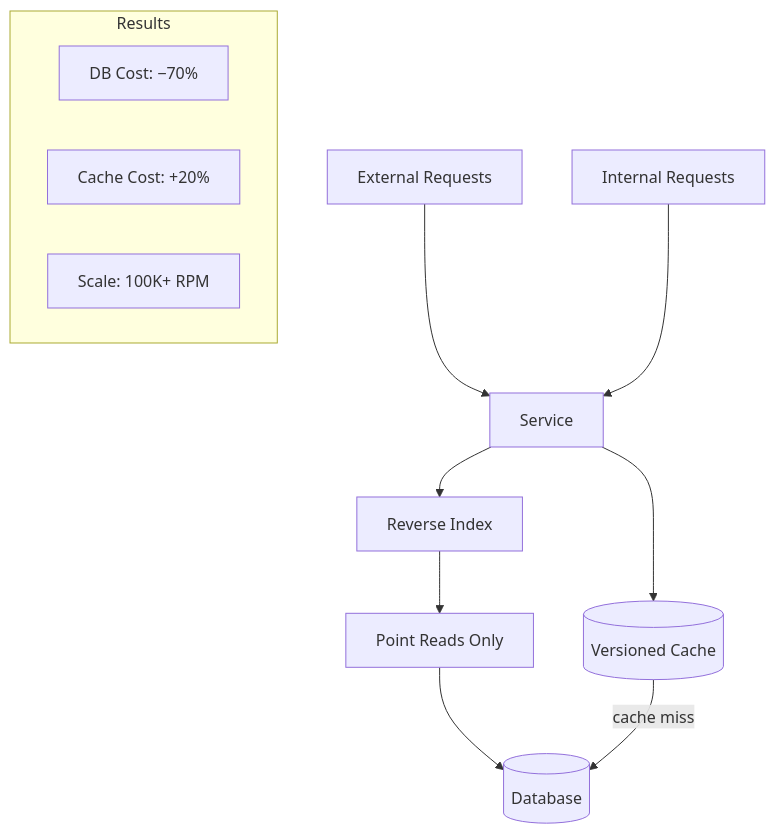
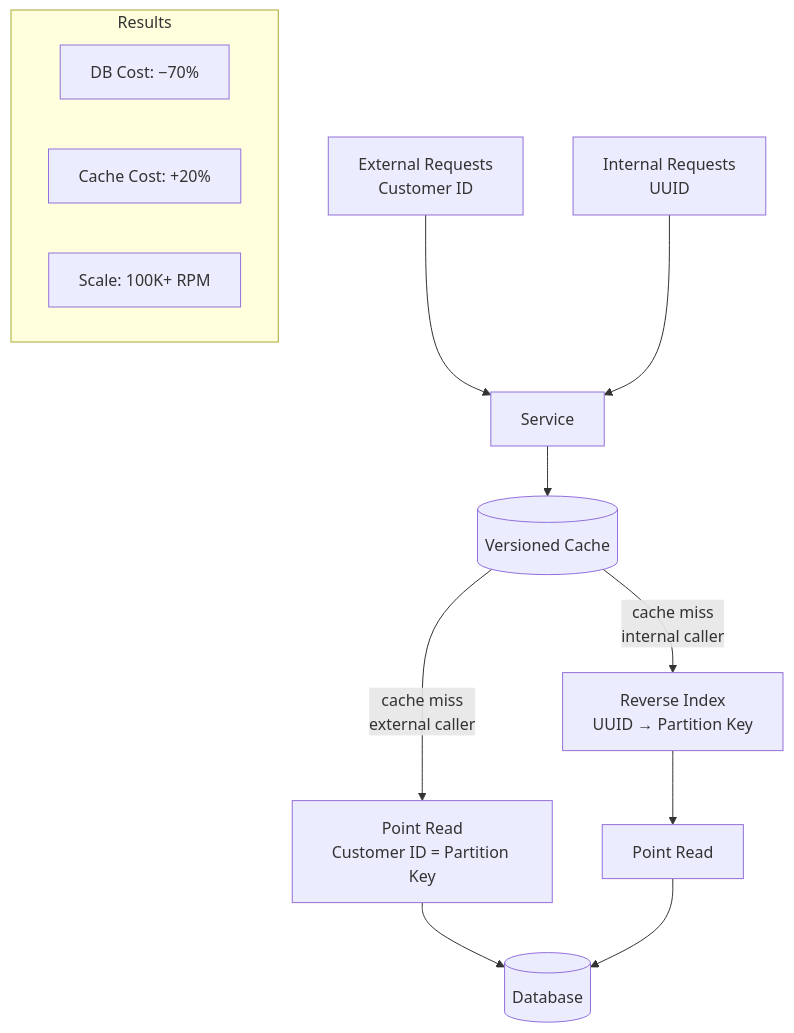
One commit to mvsnbharath/Design changed the sixth of 6 diagrams in AWS/Msft/sacaling.md. Above: the diagram before and after it, drawn with Mermaid.

````diff
--- a/AWS/Msft/sacaling.md
+++ b/AWS/Msft/sacaling.md
@@ -106,18 +106,21 @@
 ```mermaid
 flowchart TB
-    EXT[External Requests] --> Service
-    INT[Internal Requests] --> Service
+    EXT[External Requests<br/>Customer ID] --> Service
+    INT[Internal Requests<br/>UUID] --> Service
 
     Service --> VC[(Versioned Cache)]
-    Service --> RI[Reverse Index]
-    RI --> PR[Point Reads Only]
+
+    VC -->|cache miss<br/>external caller| PR[Point Read<br/>Customer ID = Partition Key]
+    VC -->|cache miss<br/>internal caller| RI[Reverse Index<br/>UUID → Partition Key]
+    RI --> PR2[Point Read]
+
     PR --> DB[(Database)]
-    VC -->|cache miss| DB
+    PR2 --> DB
 
     subgraph Outcomes["Results"]
         direction LR
         O1["DB Cost: −70%"]
         O2["Cache Cost: +20%"]
         O3["Scale: 100K+ RPM"]
     end
 ```
````
